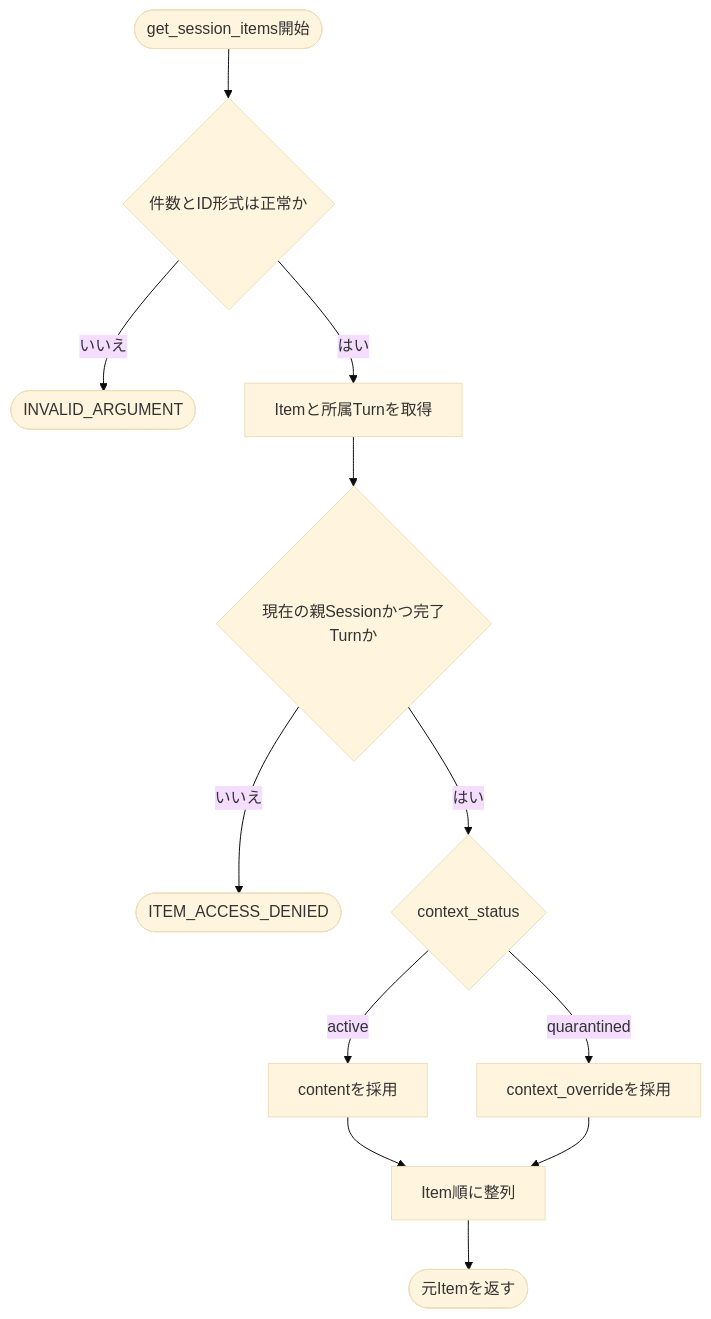
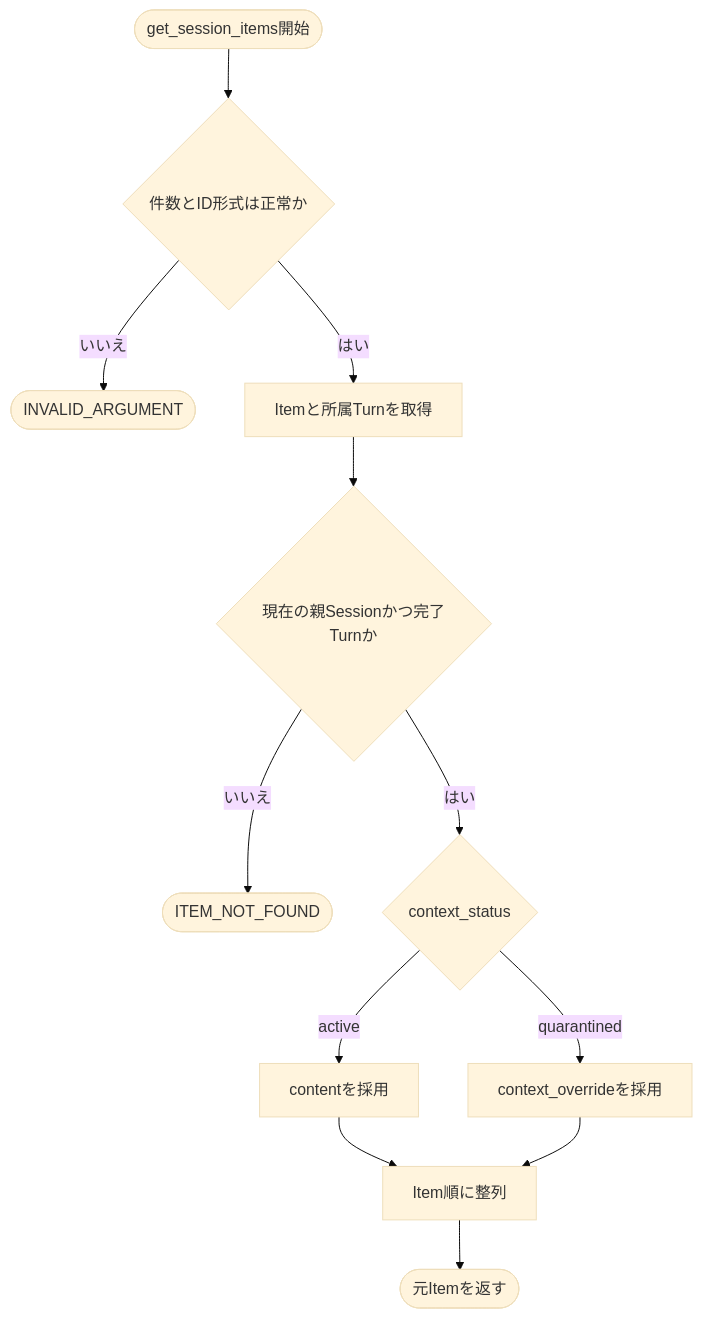
One commit to nishimura-yuma77/hiromeru changed the first of 19 diagrams in docs/v.0.1/AGENT_DESIGN.md. Above: the diagram before and after it, drawn with Mermaid (base theme). The commit also changed other lines of this file and 4 other files, not shown here.

````diff
--- a/docs/v.0.1/AGENT_DESIGN.md
+++ b/docs/v.0.1/AGENT_DESIGN.md
@@ -119,14 +120,14 @@
 ```mermaid
 flowchart TD
     START([get_session_items開始]) --> VALIDATE{件数とID形式は正常か}
     VALIDATE -- いいえ --> END_INVALID([INVALID_ARGUMENT])
     VALIDATE -- はい --> LOAD[Itemと所属Turnを取得]
     LOAD --> AUTHORIZE{現在の親Sessionかつ完了Turnか}
-    AUTHORIZE -- いいえ --> END_FORBIDDEN([ITEM_ACCESS_DENIED])
+    AUTHORIZE -- いいえ --> END_NOT_FOUND([ITEM_NOT_FOUND])
     AUTHORIZE -- はい --> STATUS{context_status}
     STATUS -- active --> CONTENT[contentを採用]
     STATUS -- quarantined --> OVERRIDE[context_overrideを採用]
     CONTENT --> ORDER[Item順に整列]
     OVERRIDE --> ORDER
     ORDER --> END_OK([元Itemを返す])
 ```
````
